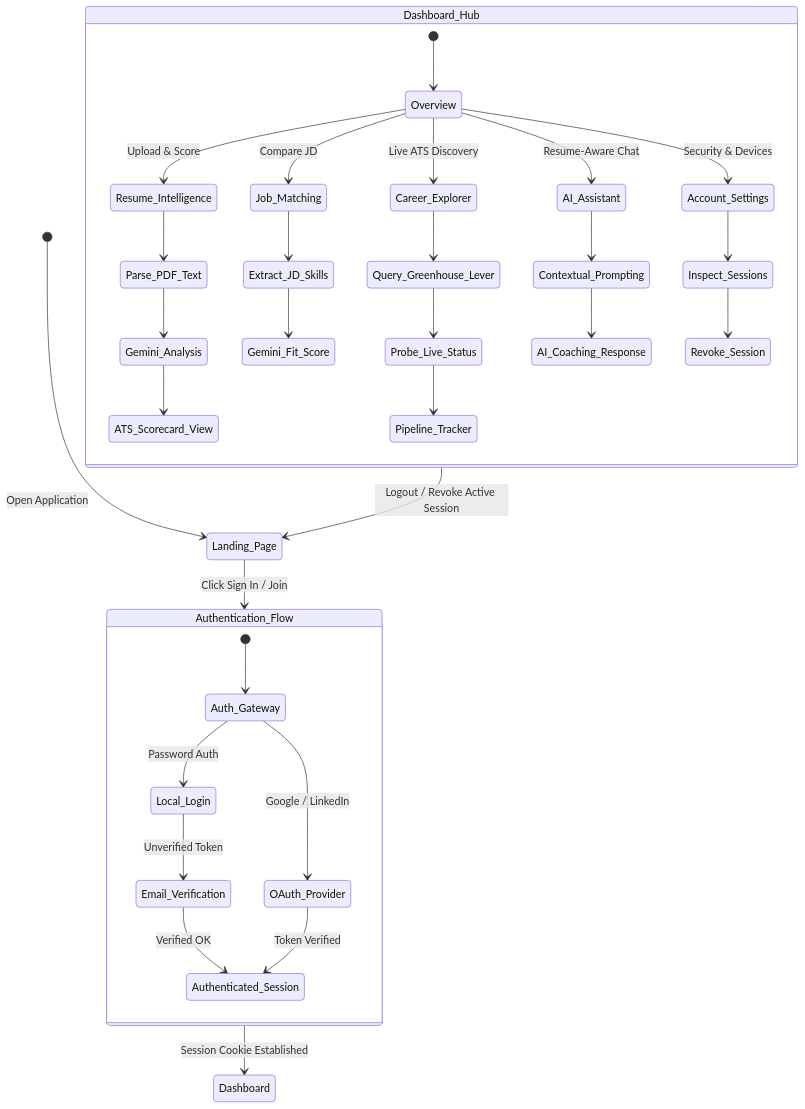
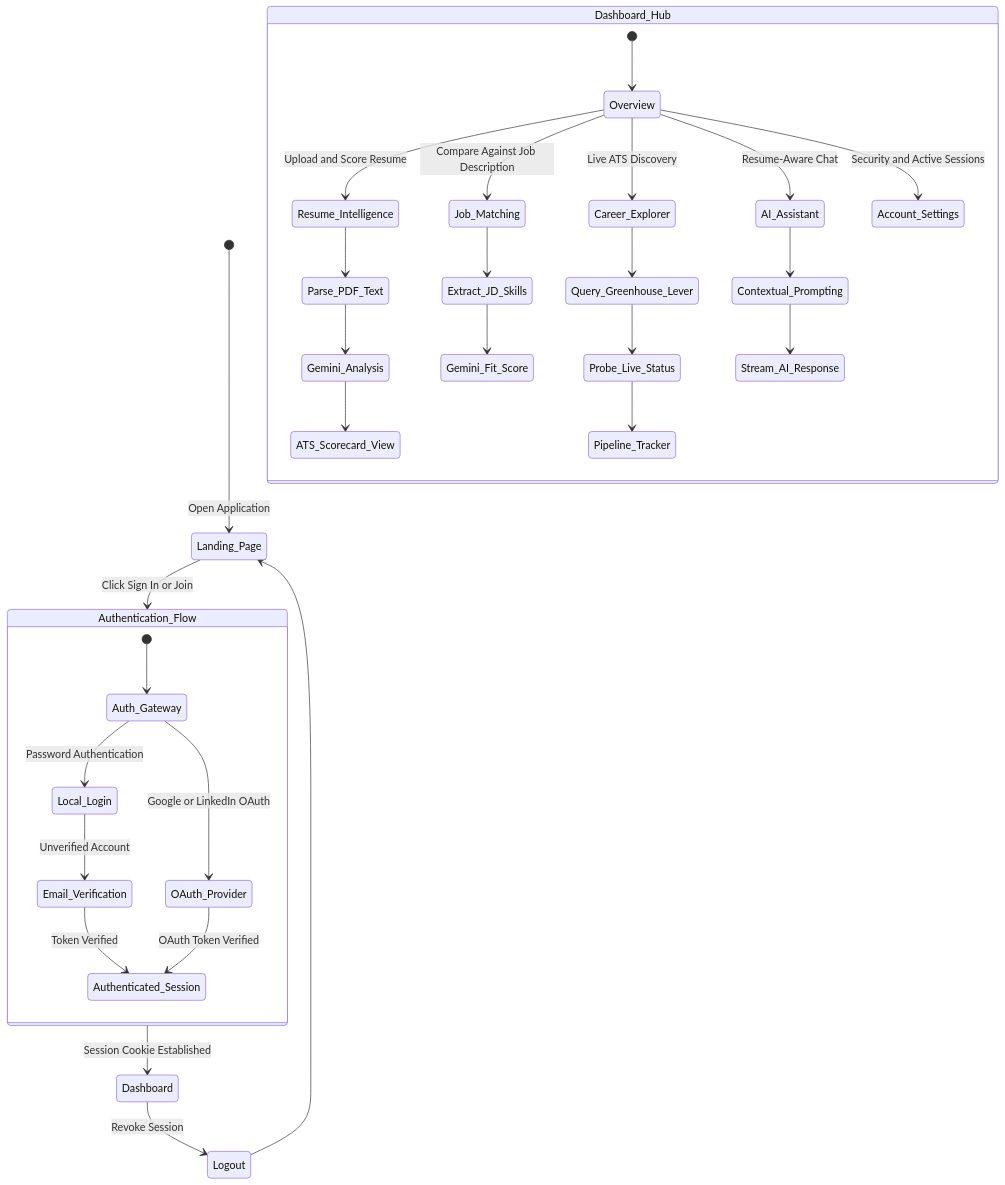
Before and after one commit to TusharSaini999/Resume-Saathi: the second of 2 diagrams in Databases/User-Flow-Diagram.md, drawn with Mermaid. The commit also changed other lines of this file and 5 other files, not shown here.

Commit message:
docs: remove emojis from all Mermaid diagrams and wrap text cleanly

````diff
--- a/Databases/User-Flow-Diagram.md
+++ b/Databases/User-Flow-Diagram.md
@@ -25,44 +25,42 @@
 ```mermaid
 stateDiagram-v2
   [*] --> Landing_Page: Open Application
   
   state Authentication_Flow {
     [*] --> Auth_Gateway
-    Auth_Gateway --> Local_Login: Password Auth
-    Auth_Gateway --> OAuth_Provider: Google / LinkedIn
-    Local_Login --> Email_Verification: Unverified Token
-    Email_Verification --> Authenticated_Session: Verified OK
-    OAuth_Provider --> Authenticated_Session: Token Verified
+    Auth_Gateway --> Local_Login: Password Authentication
+    Auth_Gateway --> OAuth_Provider: Google or LinkedIn OAuth
+    Local_Login --> Email_Verification: Unverified Account
+    Email_Verification --> Authenticated_Session: Token Verified
+    OAuth_Provider --> Authenticated_Session: OAuth Token Verified
   }
 
-  Landing_Page --> Authentication_Flow: Click Sign In / Join
+  Landing_Page --> Authentication_Flow: Click Sign In or Join
   Authentication_Flow --> Dashboard: Session Cookie Established
 
   state Dashboard_Hub {
     [*] --> Overview
-    Overview --> Resume_Intelligence: Upload & Score
-    Overview --> Job_Matching: Compare JD
+    Overview --> Resume_Intelligence: Upload and Score Resume
+    Overview --> Job_Matching: Compare Against Job Description
     Overview --> Career_Explorer: Live ATS Discovery
     Overview --> AI_Assistant: Resume-Aware Chat
-    Overview --> Account_Settings: Security & Devices
+    Overview --> Account_Settings: Security and Active Sessions
     
     Resume_Intelligence --> Parse_PDF_Text
     Parse_PDF_Text --> Gemini_Analysis
     Gemini_Analysis --> ATS_Scorecard_View
     
     Job_Matching --> Extract_JD_Skills
     Extract_JD_Skills --> Gemini_Fit_Score
     
     Career_Explorer --> Query_Greenhouse_Lever
     Query_Greenhouse_Lever --> Probe_Live_Status
     Probe_Live_Status --> Pipeline_Tracker
     
     AI_Assistant --> Contextual_Prompting
-    Contextual_Prompting --> AI_Coaching_Response
-    
-    Account_Settings --> Inspect_Sessions
-    Inspect_Sessions --> Revoke_Session
+    Contextual_Prompting --> Stream_AI_Response
   }
 
-  Dashboard_Hub --> Landing_Page: Logout / Revoke Active Session
+  Dashboard --> Logout: Revoke Session
+  Logout --> Landing_Page
 ```
````
